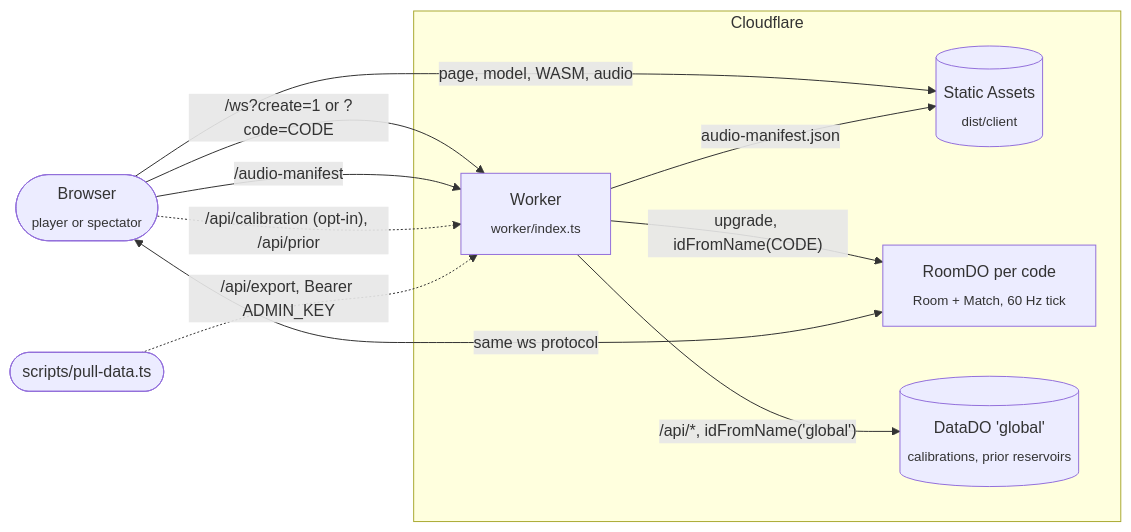
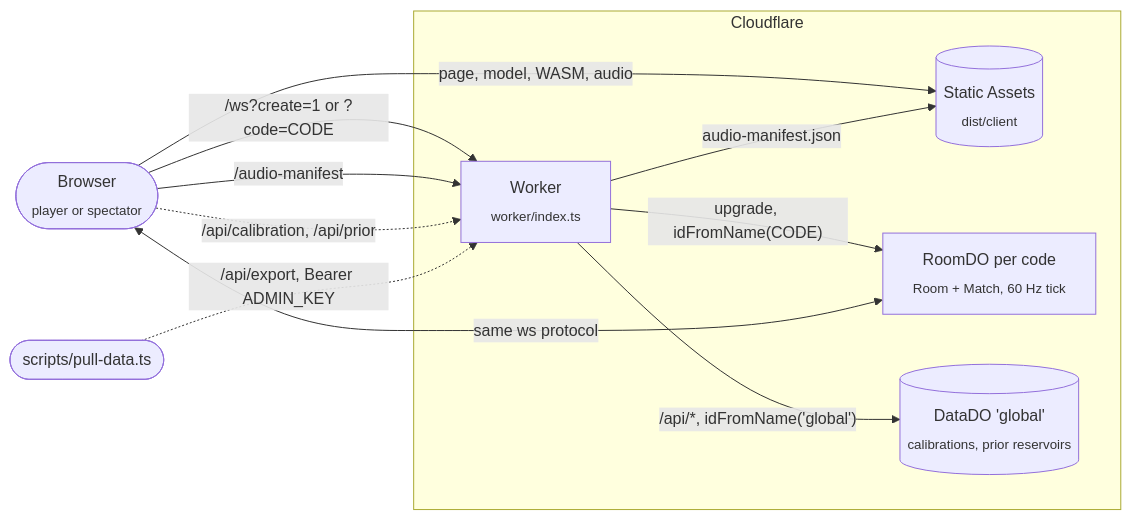
The second of 4 diagrams in README.md (teddycitrus/shadow-box), drawn with Mermaid before and after one commit. The commit also changed other lines of this file and 2 other files, not shown here.

Commit message:
changed calibration sharing to automatic, removed consent prompt

````diff
--- a/README.md
+++ b/README.md
@@ -115,20 +115,20 @@
 ```mermaid
 flowchart LR
   C(["Browser<br/><sub>player or spectator</sub>"])
   subgraph CF["Cloudflare"]
     W["Worker<br/><sub>worker/index.ts</sub>"]
     A[("Static Assets<br/><sub>dist/client</sub>")]
     DO["RoomDO per code<br/><sub>Room + Match, 60 Hz tick</sub>"]
     DD[("DataDO 'global'<br/><sub>calibrations, prior reservoirs</sub>")]
   end
   Admin(["scripts/pull-data.ts"])
   C -->|"page, model, WASM, audio"| A
   C -->|"/ws?create=1 or ?code=CODE"| W
   C -->|"/audio-manifest"| W
-  C -.->|"/api/calibration (opt-in), /api/prior"| W
+  C -.->|"/api/calibration, /api/prior"| W
   W -->|"audio-manifest.json"| A
   W -->|"upgrade, idFromName(CODE)"| DO
   W -->|"/api/*, idFromName('global')"| DD
   DO <-->|"same ws protocol"| C
   Admin -.->|"/api/export, Bearer ADMIN_KEY"| W
 ```
````
